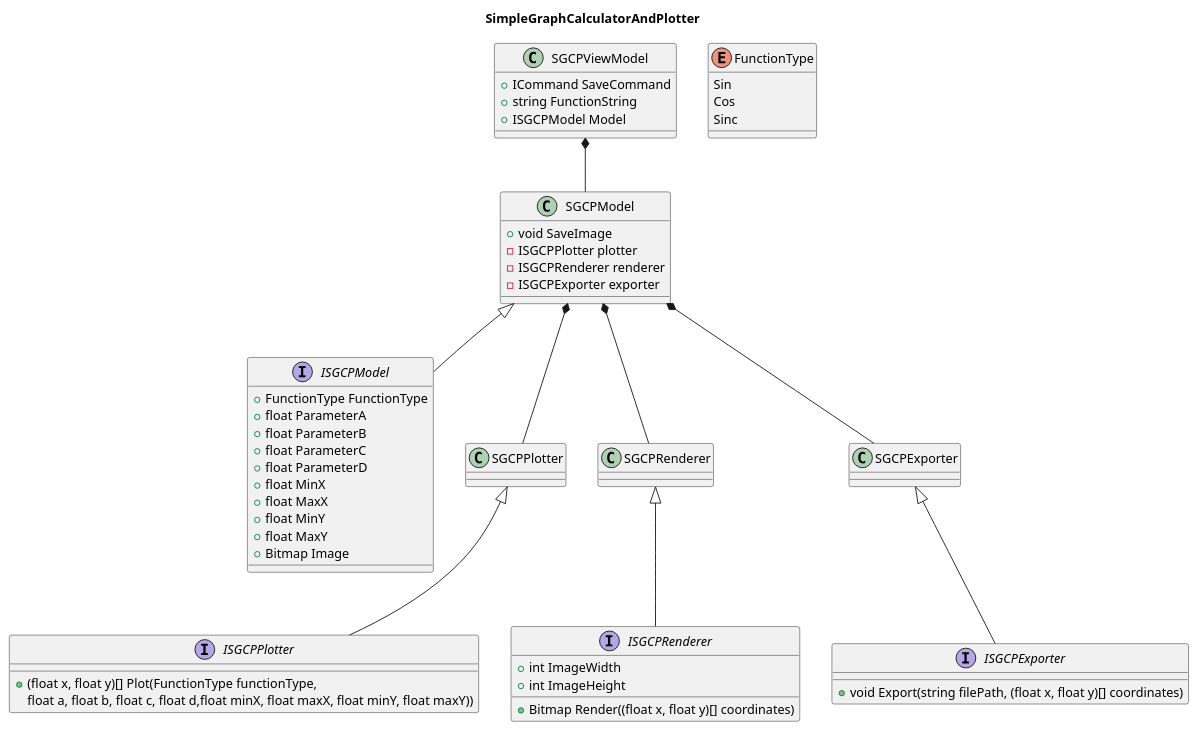
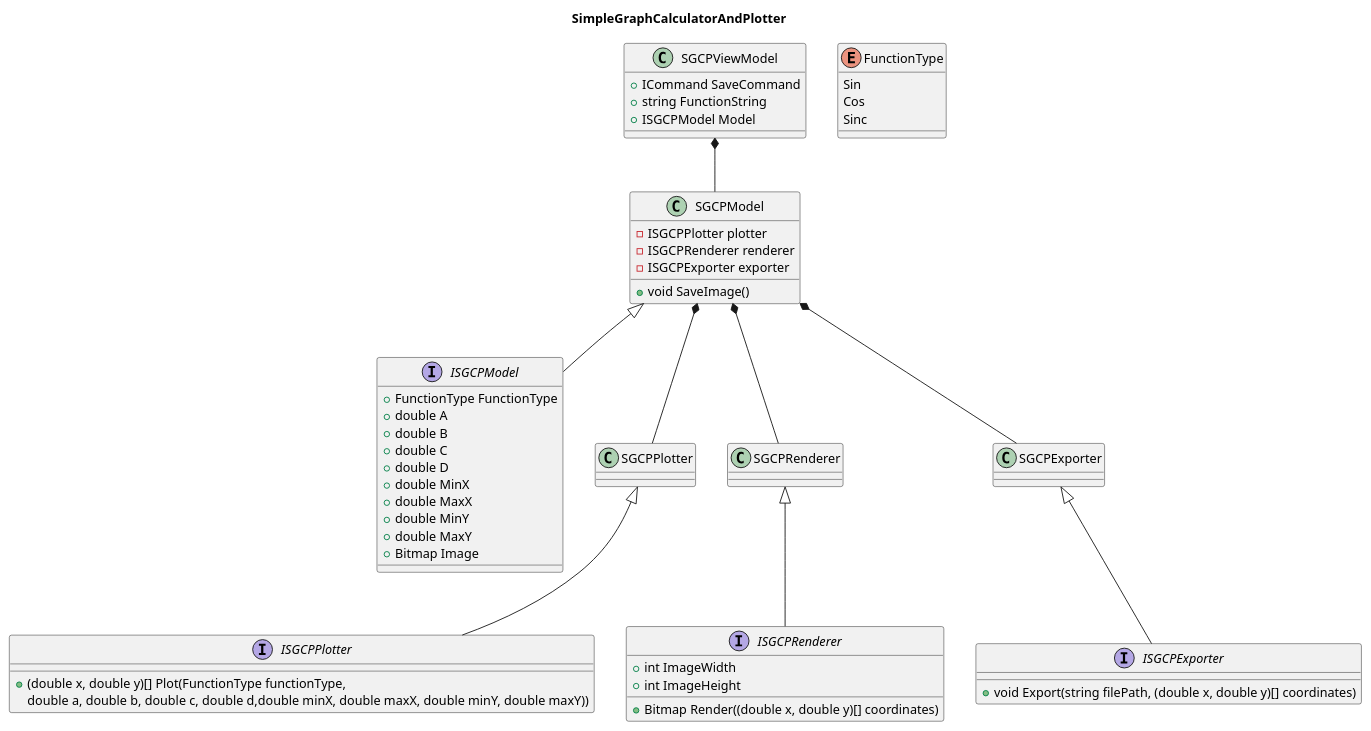
The diagram in SimpleGraphCalculatorAndPlotter/Analysis/Classes.puml (Feldruebe/SimpleGraphCalculatorAndPlotter), drawn with PlantUML before and after one commit. The commit also changed 9 other files, not shown here.

```diff
--- a/SimpleGraphCalculatorAndPlotter/Analysis/Classes.puml
+++ b/SimpleGraphCalculatorAndPlotter/Analysis/Classes.puml
@@ -1,75 +1,75 @@
 @startuml
 'https://plantuml.com/de/class-diagram
 
 title SimpleGraphCalculatorAndPlotter
 
 interface ISGCPModel
 interface ISGCPPlotter
 interface ISGCPRenderer
 interface ISGCPExporter
 
 SGCPModel <|-- ISGCPModel
 SGCPPlotter <|-- ISGCPPlotter
 SGCPRenderer <|-- ISGCPRenderer
 SGCPExporter <|-- ISGCPExporter
 
 SGCPViewModel *-- SGCPModel
 SGCPModel *-- SGCPPlotter
 SGCPModel *-- SGCPRenderer
 SGCPModel *-- SGCPExporter
 
 enum FunctionType 
 {
     Sin
     Cos
     Sinc
 }
 
 class SGCPViewModel
 {
     +ICommand SaveCommand
     +string FunctionString
     +ISGCPModel Model
 }
 
 class SGCPModel
 {
-    +void SaveImage
+    +void SaveImage()
     -ISGCPPlotter plotter
     -ISGCPRenderer renderer
     -ISGCPExporter exporter
 }
 
 interface ISGCPModel
 {
     +FunctionType FunctionType
-    +float ParameterA
-    +float ParameterB
-    +float ParameterC
-    +float ParameterD
-    +float MinX
-    +float MaxX
-    +float MinY
-    +float MaxY
+    +double A
+    +double B
+    +double C
+    +double D
+    +double MinX
+    +double MaxX
+    +double MinY
+    +double MaxY
     +Bitmap Image
 }
 
 interface ISGCPPlotter
 {
-    +(float x, float y)[] Plot(FunctionType functionType, 
-    float a, float b, float c, float d,float minX, float maxX, float minY, float maxY))
+    +(double x, double y)[] Plot(FunctionType functionType, 
+    double a, double b, double c, double d,double minX, double maxX, double minY, double maxY))
 }
 
 interface ISGCPRenderer
 {
     +int ImageWidth
     +int ImageHeight
-    +Bitmap Render((float x, float y)[] coordinates)
+    +Bitmap Render((double x, double y)[] coordinates)
 }
 
 interface ISGCPExporter
 {
-    +void Export(string filePath, (float x, float y)[] coordinates)
+    +void Export(string filePath, (double x, double y)[] coordinates)
 }
 
 @enduml
```
